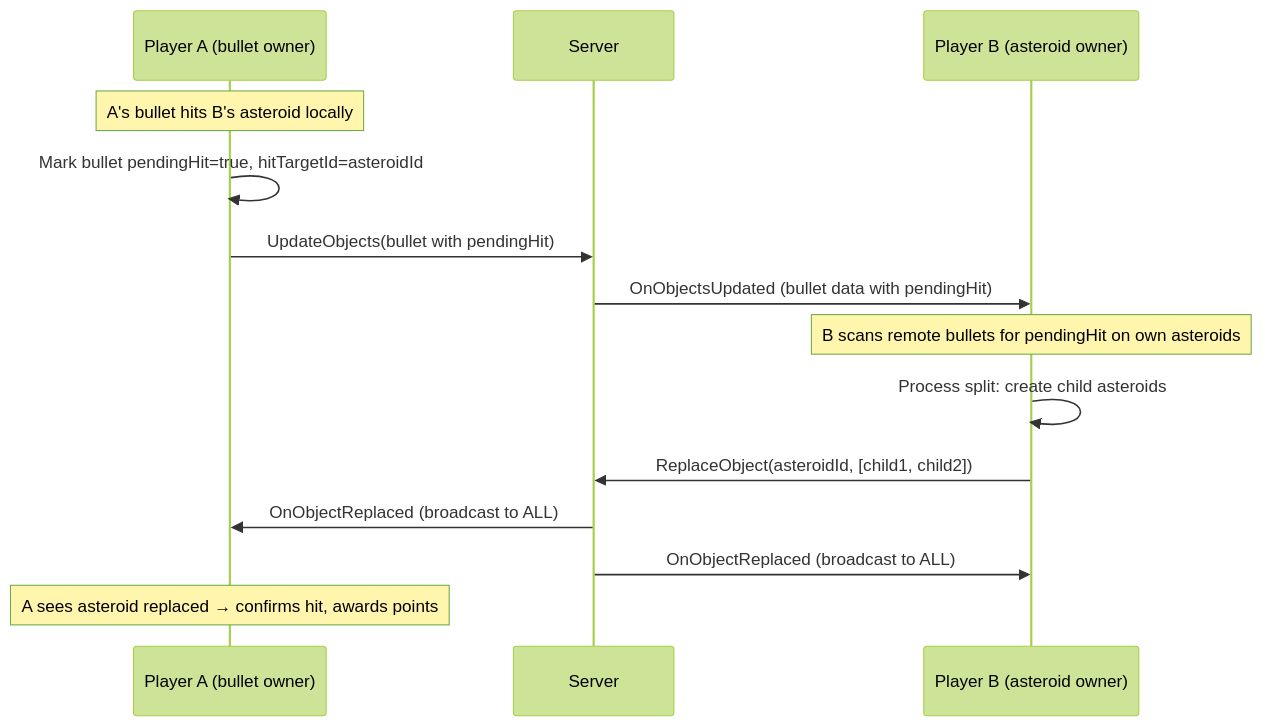
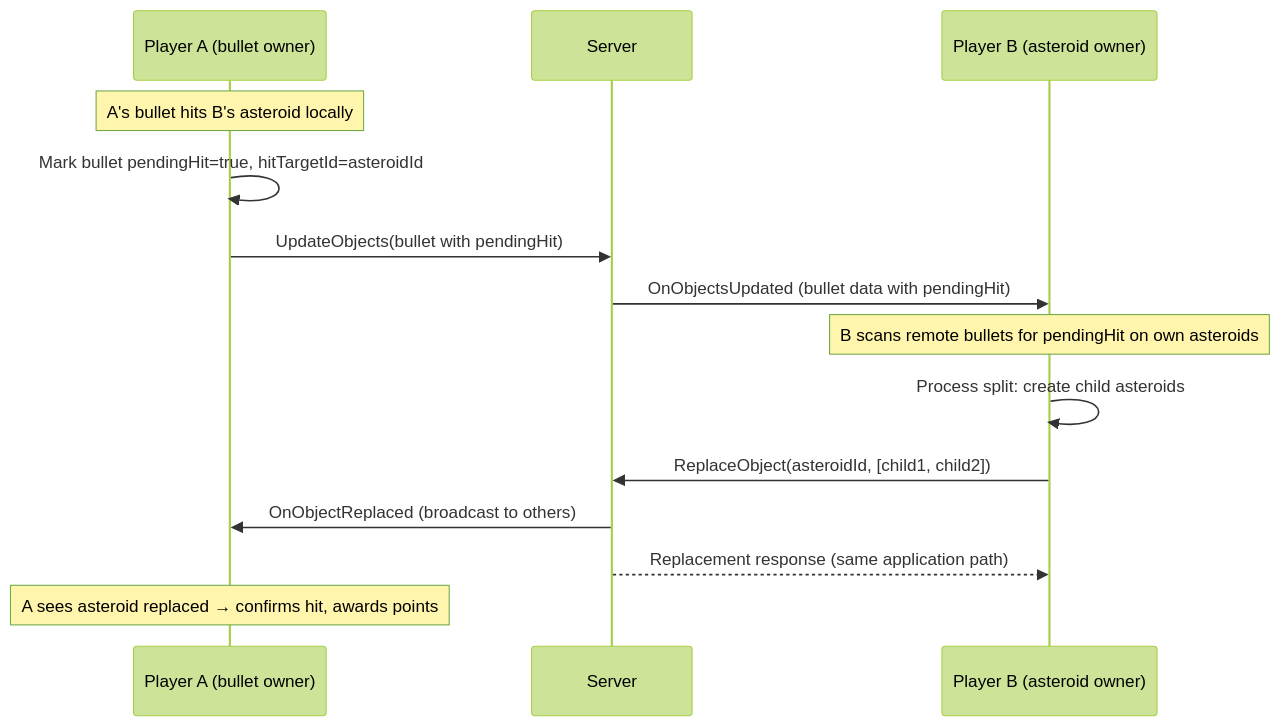
Diagram 27 of 36 in ARCHITECTURE.md (badvoidstar/astervoids), drawn with Mermaid (forest theme) before and after one commit. The commit also changed other lines of this file and 29 other files, not shown here.

````diff
--- a/ARCHITECTURE.md
+++ b/ARCHITECTURE.md
@@ -1230,19 +1270,19 @@
 ```mermaid
 sequenceDiagram
     participant A as Player A (bullet owner)
     participant SRV as Server
     participant B as Player B (asteroid owner)
 
     Note over A: A's bullet hits B's asteroid locally
     A->>A: Mark bullet pendingHit=true, hitTargetId=asteroidId
     A->>SRV: UpdateObjects(bullet with pendingHit)
     SRV->>B: OnObjectsUpdated (bullet data with pendingHit)
 
     Note over B: B scans remote bullets for pendingHit on own asteroids
     B->>B: Process split: create child asteroids
     B->>SRV: ReplaceObject(asteroidId, [child1, child2])
-    SRV->>A: OnObjectReplaced (broadcast to ALL)
-    SRV->>B: OnObjectReplaced (broadcast to ALL)
+    SRV->>A: OnObjectReplaced (broadcast to others)
+    SRV-->>B: Replacement response (same application path)
 
     Note over A: A sees asteroid replaced → confirms hit, awards points
 ```
````
